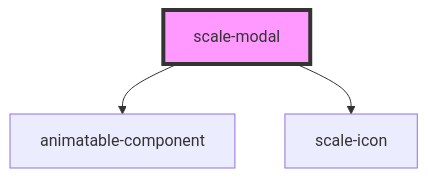
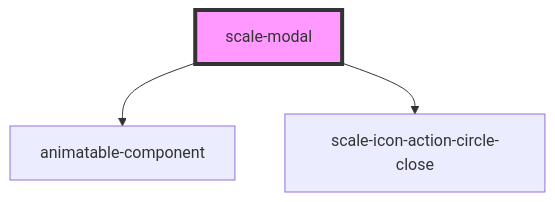
The diagram in packages/components/src/components/modal/readme.md (gaurishkamat/scale), drawn with Mermaid before and after one commit. The commit also changed other lines of this file and 4 other files, not shown here.

````diff
--- a/packages/components/src/components/modal/readme.md
+++ b/packages/components/src/components/modal/readme.md
@@ -35,6 +35,6 @@
 ```mermaid
 graph TD;
   scale-modal --> animatable-component
-  scale-modal --> scale-icon
+  scale-modal --> scale-icon-action-circle-close
   style scale-modal fill:#f9f,stroke:#333,stroke-width:4px
 ```
````
